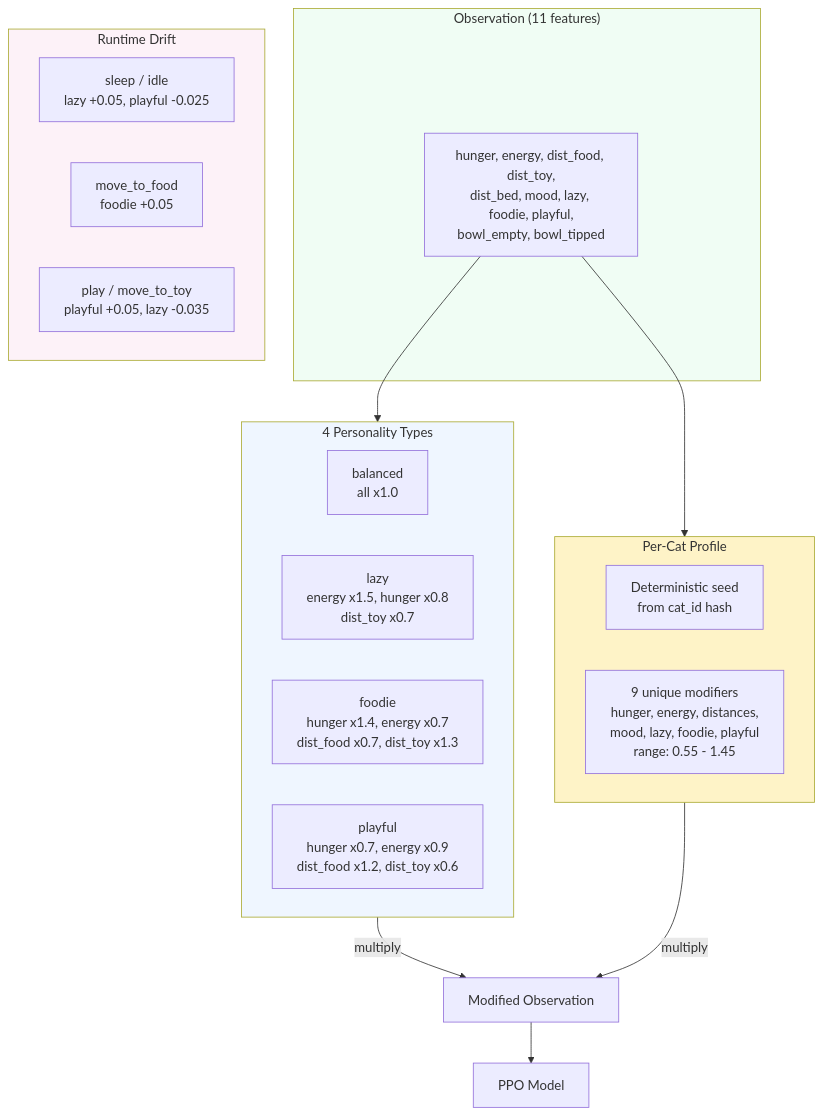
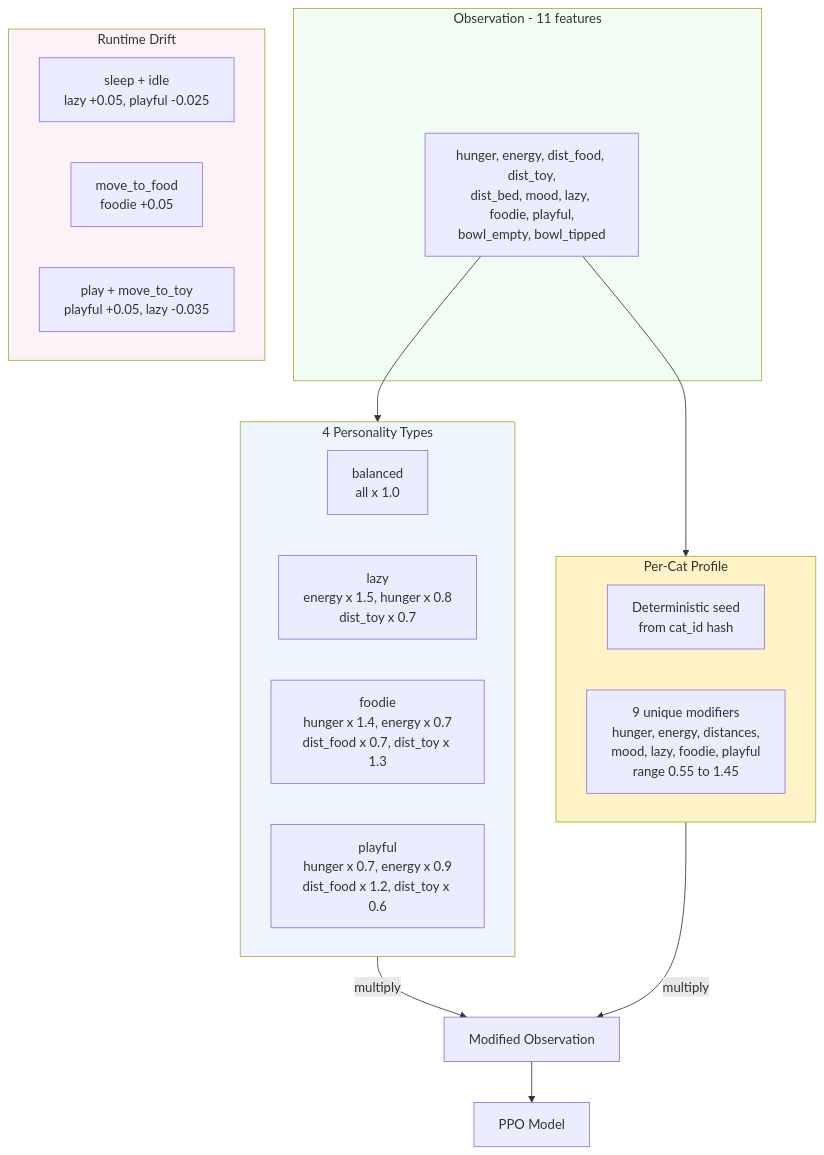
The fifth of 6 diagrams in README.md (tantaneity/cat-brain-service), drawn with Mermaid before and after one commit. The commit also changed other lines of this file, not shown here.

Commit message:
docs(readme): update architecture diagrams to match actual codebase

````diff
--- a/README.md
+++ b/README.md
@@ -245,33 +245,33 @@
 ```mermaid
 graph TD
-    subgraph InputObs["Observation (11 features)"]
+    subgraph InputObs["Observation - 11 features"]
         OBS["hunger, energy, dist_food, dist_toy,<br/>dist_bed, mood, lazy, foodie, playful,<br/>bowl_empty, bowl_tipped"]
     end
 
     subgraph Types["4 Personality Types"]
-        BAL["balanced<br/>all x1.0"]
-        LAZ["lazy<br/>energy x1.5, hunger x0.8<br/>dist_toy x0.7"]
-        FOO["foodie<br/>hunger x1.4, energy x0.7<br/>dist_food x0.7, dist_toy x1.3"]
-        PLA["playful<br/>hunger x0.7, energy x0.9<br/>dist_food x1.2, dist_toy x0.6"]
+        BAL["balanced<br/>all x 1.0"]
+        LAZ["lazy<br/>energy x 1.5, hunger x 0.8<br/>dist_toy x 0.7"]
+        FOO["foodie<br/>hunger x 1.4, energy x 0.7<br/>dist_food x 0.7, dist_toy x 1.3"]
+        PLA["playful<br/>hunger x 0.7, energy x 0.9<br/>dist_food x 1.2, dist_toy x 0.6"]
     end
 
     subgraph PerCat["Per-Cat Profile"]
         SEED["Deterministic seed<br/>from cat_id hash"]
-        MODS["9 unique modifiers<br/>hunger, energy, distances,<br/>mood, lazy, foodie, playful<br/>range: 0.55 - 1.45"]
+        MODS["9 unique modifiers<br/>hunger, energy, distances,<br/>mood, lazy, foodie, playful<br/>range 0.55 to 1.45"]
     end
 
     subgraph Drift["Runtime Drift"]
-        SLEEP_IDLE["sleep / idle<br/>lazy +0.05, playful -0.025"]
+        SLEEP_IDLE["sleep + idle<br/>lazy +0.05, playful -0.025"]
         EAT["move_to_food<br/>foodie +0.05"]
-        PLAY_TOY["play / move_to_toy<br/>playful +0.05, lazy -0.035"]
+        PLAY_TOY["play + move_to_toy<br/>playful +0.05, lazy -0.035"]
     end
 
-    OBS --> Types --> |"multiply"| MODIFIED[Modified Observation]
-    OBS --> PerCat --> |"multiply"| MODIFIED
-    MODIFIED --> MODEL[PPO Model]
+    OBS --> Types -->|multiply| MODIFIED["Modified Observation"]
+    OBS --> PerCat -->|multiply| MODIFIED
+    MODIFIED --> MODEL["PPO Model"]
 
     style InputObs fill:#f0fdf4
     style Types fill:#eff6ff
     style PerCat fill:#fef3c7
     style Drift fill:#fdf2f8
 ```
````
